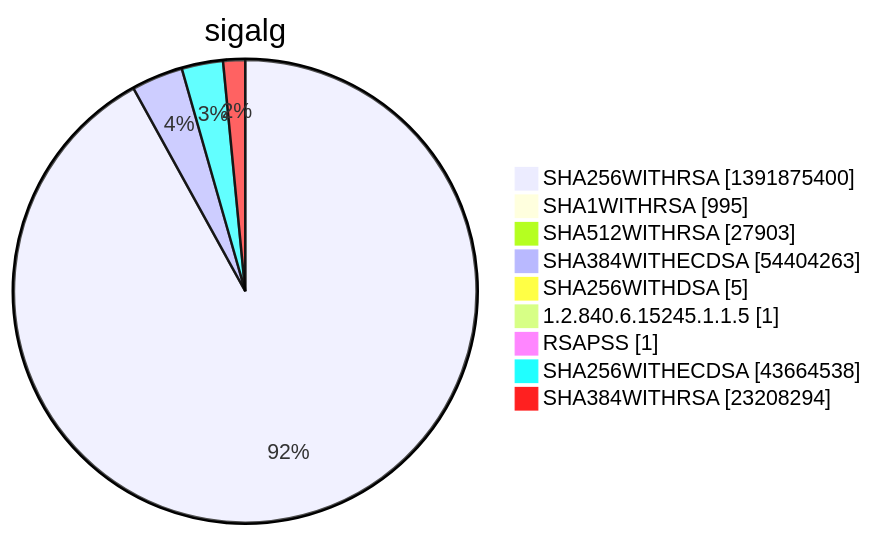
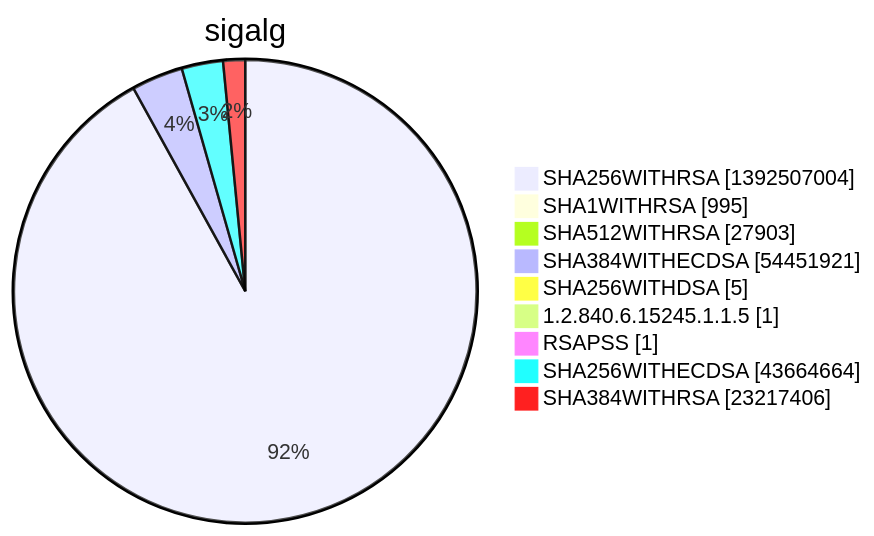
Diagram 15 of 15 in xenon2022/README.md (christiankrug/ctmonitor_visualization), drawn with Mermaid before and after one commit. The commit also changed other lines of this file, not shown here.

````diff
--- a/xenon2022/README.md
+++ b/xenon2022/README.md
@@ -5855,13 +5855,13 @@
 ```mermaid
 pie showData
 title sigalg
-"SHA256WITHRSA" :1391875400
+"SHA256WITHRSA" :1392507004
 "SHA1WITHRSA" :995
 "SHA512WITHRSA" :27903
-"SHA384WITHECDSA" :54404263
+"SHA384WITHECDSA" :54451921
 "SHA256WITHDSA" :5
 "1.2.840.6.15245.1.1.5" :1
 "RSAPSS" :1
-"SHA256WITHECDSA" :43664538
-"SHA384WITHRSA" :23208294
+"SHA256WITHECDSA" :43664664
+"SHA384WITHRSA" :23217406
 ```
````
